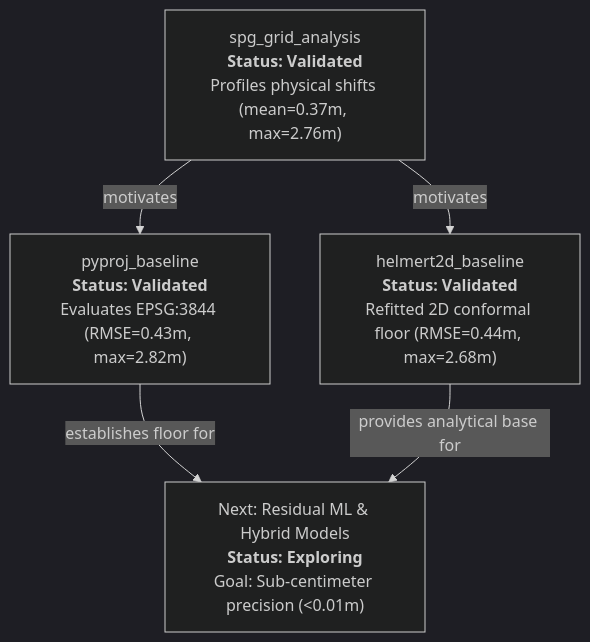
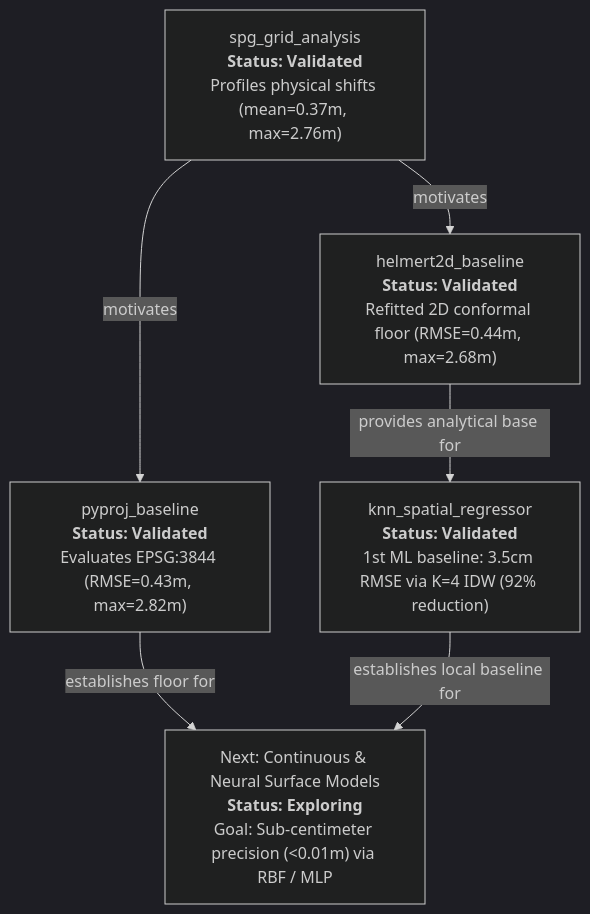
The diagram in docs/research/roadmap.md (bogdanmorosanu/ml_transdat), drawn with Mermaid (dark theme) before and after one commit. The commit also changed other lines of this file and 3 other files, not shown here.

Commit message:
docs(research): sync roadmap, narrative, and experiments registry for knn_spatial_regressor

````diff
--- a/docs/research/roadmap.md
+++ b/docs/research/roadmap.md
@@ -11,12 +11,14 @@
 ```mermaid
 flowchart TD
     SPG["spg_grid_analysis<br><b>Status: Validated</b><br>Profiles physical shifts (mean=0.37m, max=2.76m)"]
     PROJ["pyproj_baseline<br><b>Status: Validated</b><br>Evaluates EPSG:3844 (RMSE=0.43m, max=2.82m)"]
     H2D["helmert2d_baseline<br><b>Status: Validated</b><br>Refitted 2D conformal floor (RMSE=0.44m, max=2.68m)"]
-    ML["Next: Residual ML & Hybrid Models<br><b>Status: Exploring</b><br>Goal: Sub-centimeter precision (<0.01m)"]
+    KNN["knn_spatial_regressor<br><b>Status: Validated</b><br>1st ML baseline: 3.5cm RMSE via K=4 IDW (92% reduction)"]
+    ML["Next: Continuous & Neural Surface Models<br><b>Status: Exploring</b><br>Goal: Sub-centimeter precision (<0.01m) via RBF / MLP"]
 
     SPG -->|"motivates"| PROJ
     SPG -->|"motivates"| H2D
     PROJ -->|"establishes floor for"| ML
-    H2D -->|"provides analytical base for"| ML
+    H2D -->|"provides analytical base for"| KNN
+    KNN -->|"establishes local baseline for"| ML
 ```
````
